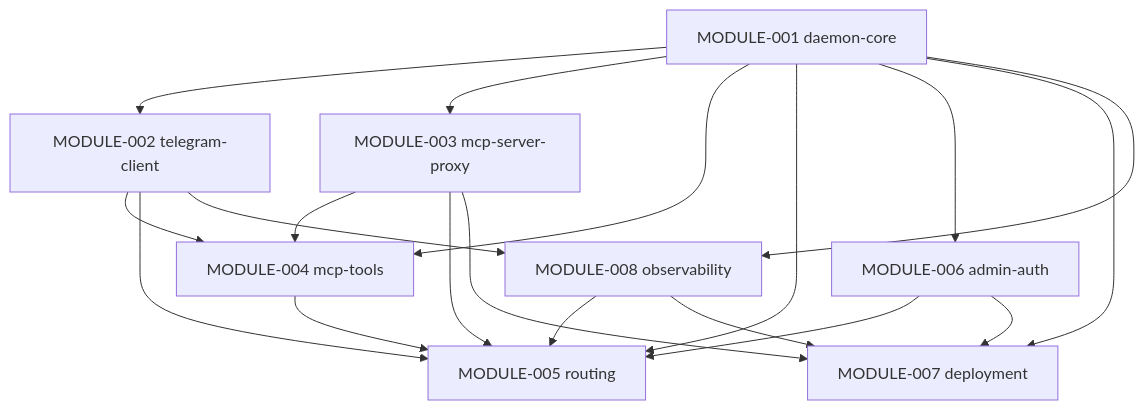
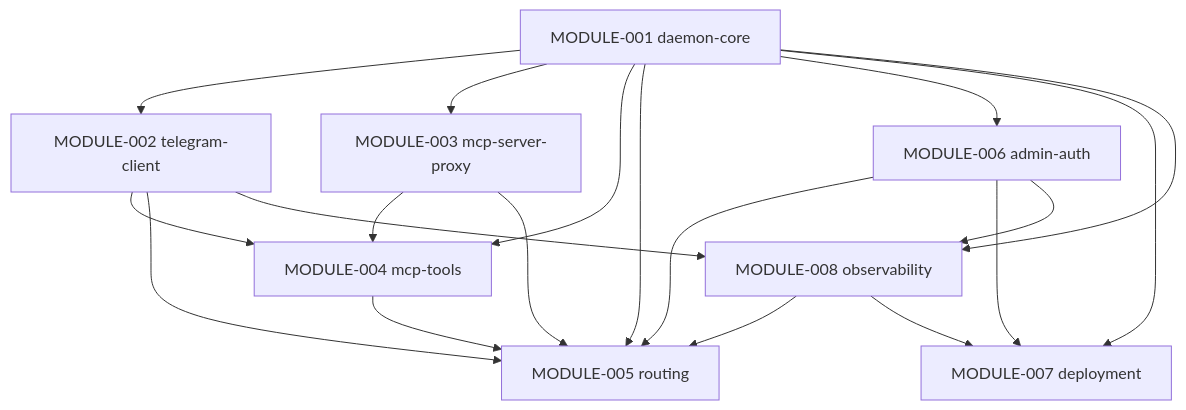
Before and after one commit to advancinggg/advance-kit: the first of 5 diagrams in docs/ARCHITECTURE.md, drawn with Mermaid. The commit also changed other lines of this file and 11 other files, not shown here.

````diff
--- a/docs/ARCHITECTURE.md
+++ b/docs/ARCHITECTURE.md
@@ -126,30 +128,30 @@
 ```mermaid
 graph TD
     M001[MODULE-001 daemon-core]
     M002[MODULE-002 telegram-client]
     M003[MODULE-003 mcp-server-proxy]
     M004[MODULE-004 mcp-tools]
     M005[MODULE-005 routing]
     M006[MODULE-006 admin-auth]
     M007[MODULE-007 deployment]
     M008[MODULE-008 observability]
 
     M001 --> M002
     M001 --> M003
     M001 --> M004
     M001 --> M005
     M001 --> M006
     M001 --> M007
     M001 --> M008
     M002 --> M004
     M002 --> M005
     M002 --> M008
     M003 --> M004
     M003 --> M005
-    M003 --> M007
     M004 --> M005
     M006 --> M005
     M006 --> M007
+    M006 --> M008
     M008 --> M005
     M008 --> M007
 ```
````
